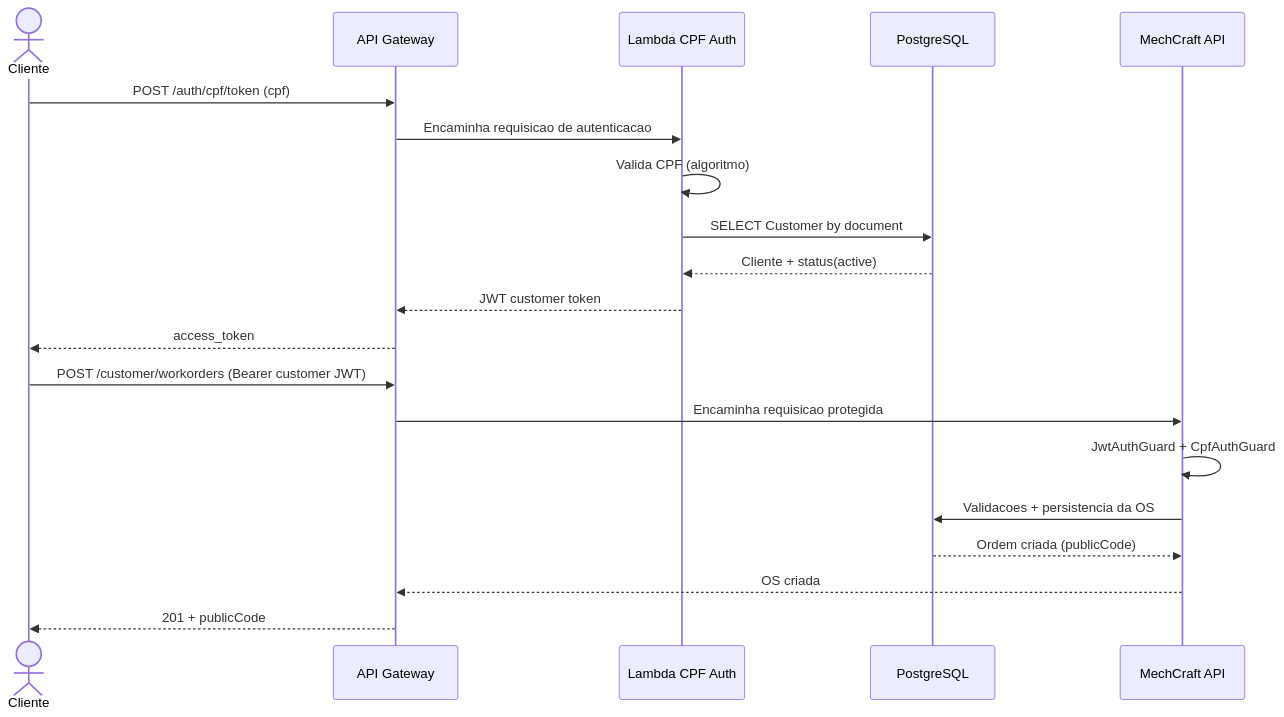
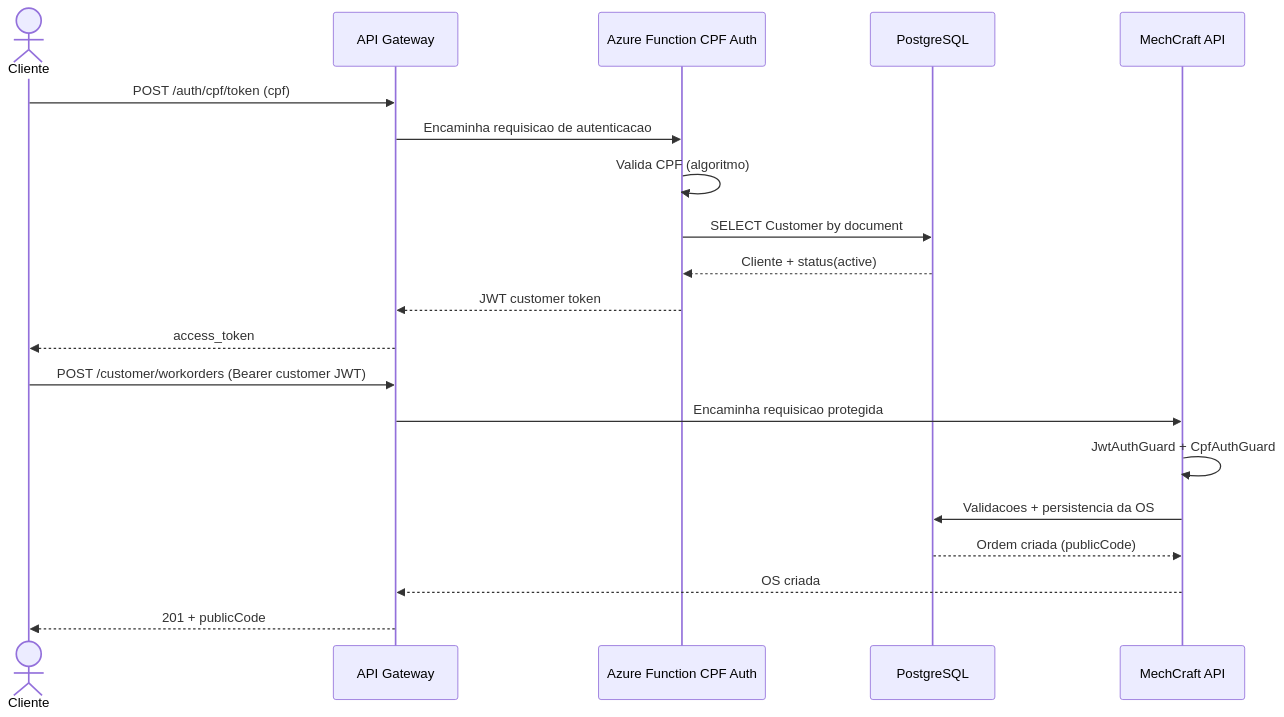
Before and after one commit to PedroHMS-ap/mechcraft-app-k8s: the diagram in docs/architecture/SEQUENCE_AUTH_OS.md, drawn with Mermaid. The commit also changed other lines of this file and 5 other files, not shown here.

Commit message:
feat: align gateway with azure function auth

````diff
--- a/docs/architecture/SEQUENCE_AUTH_OS.md
+++ b/docs/architecture/SEQUENCE_AUTH_OS.md
@@ -3,24 +3,24 @@
 ```mermaid
 sequenceDiagram
   actor Cliente
   participant Gateway as API Gateway
-  participant Lambda as Lambda CPF Auth
+  participant Function as Azure Function CPF Auth
   participant DB as PostgreSQL
   participant API as MechCraft API
 
   Cliente->>Gateway: POST /auth/cpf/token (cpf)
-  Gateway->>Lambda: Encaminha requisicao de autenticacao
-  Lambda->>Lambda: Valida CPF (algoritmo)
-  Lambda->>DB: SELECT Customer by document
-  DB-->>Lambda: Cliente + status(active)
-  Lambda-->>Gateway: JWT customer token
+  Gateway->>Function: Encaminha requisicao de autenticacao
+  Function->>Function: Valida CPF (algoritmo)
+  Function->>DB: SELECT Customer by document
+  DB-->>Function: Cliente + status(active)
+  Function-->>Gateway: JWT customer token
   Gateway-->>Cliente: access_token
 
   Cliente->>Gateway: POST /customer/workorders (Bearer customer JWT)
   Gateway->>API: Encaminha requisicao protegida
   API->>API: JwtAuthGuard + CpfAuthGuard
   API->>DB: Validacoes + persistencia da OS
   DB-->>API: Ordem criada (publicCode)
   API-->>Gateway: OS criada
   Gateway-->>Cliente: 201 + publicCode
 ```
````
